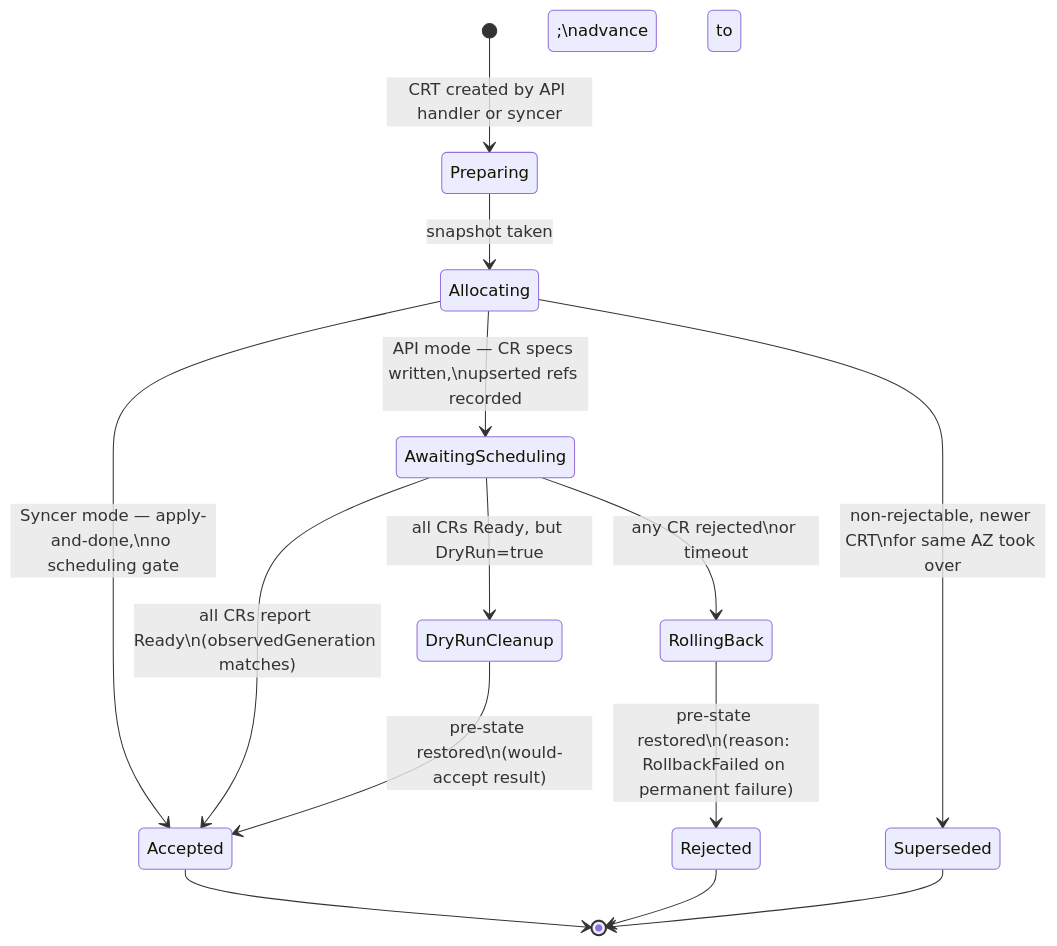
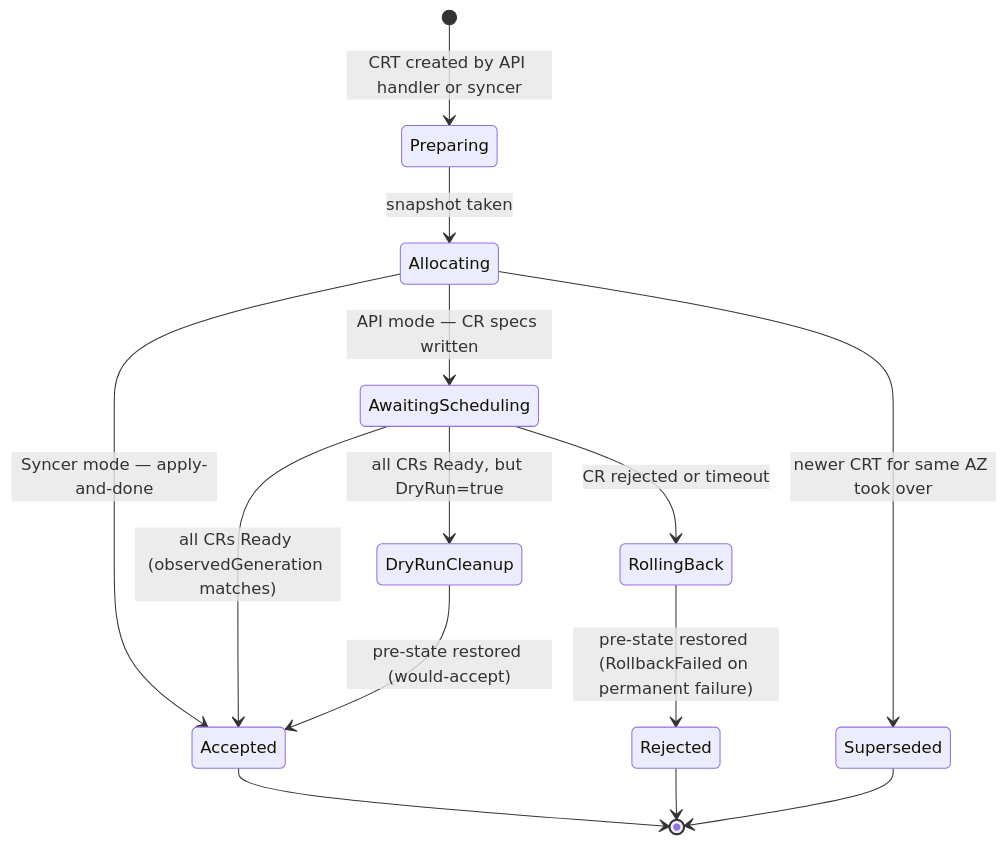
The third of 3 diagrams in docs/03-reservations-and-inventory/03-b-committed-resource-transaction-architecture.md (cobaltcore-dev/cortex), drawn with Mermaid before and after one commit.

````diff
--- a/docs/03-reservations-and-inventory/03-b-committed-resource-transaction-architecture.md
+++ b/docs/03-reservations-and-inventory/03-b-committed-resource-transaction-architecture.md
@@ -64,22 +64,22 @@
 ```mermaid
 stateDiagram-v2
     [*] --> Preparing : CRT created by API handler or syncer
 
-    Preparing --> Allocating : snapshot taken;\nadvance to Allocating
+    Preparing --> Allocating : snapshot taken
 
-    Allocating --> AwaitingScheduling : API mode — CR specs written,\nupserted refs recorded
-    Allocating --> Accepted : Syncer mode — apply-and-done,\nno scheduling gate
-    Allocating --> Superseded : non-rejectable, newer CRT\nfor same AZ took over
+    Allocating --> AwaitingScheduling : API mode — CR specs written
+    Allocating --> Accepted : Syncer mode — apply-and-done
+    Allocating --> Superseded : newer CRT for same AZ took over
 
-    AwaitingScheduling --> Accepted : all CRs report Ready\n(observedGeneration matches)
+    AwaitingScheduling --> Accepted : all CRs Ready (observedGeneration matches)
     AwaitingScheduling --> DryRunCleanup : all CRs Ready, but DryRun=true
-    AwaitingScheduling --> RollingBack : any CR rejected\nor timeout
+    AwaitingScheduling --> RollingBack : CR rejected or timeout
 
-    DryRunCleanup --> Accepted : pre-state restored\n(would-accept result)
+    DryRunCleanup --> Accepted : pre-state restored (would-accept)
 
-    RollingBack --> Rejected : pre-state restored\n(reason: RollbackFailed on permanent failure)
+    RollingBack --> Rejected : pre-state restored (RollbackFailed on permanent failure)
 
     Accepted --> [*]
     Rejected --> [*]
     Superseded --> [*]
 ```
````
